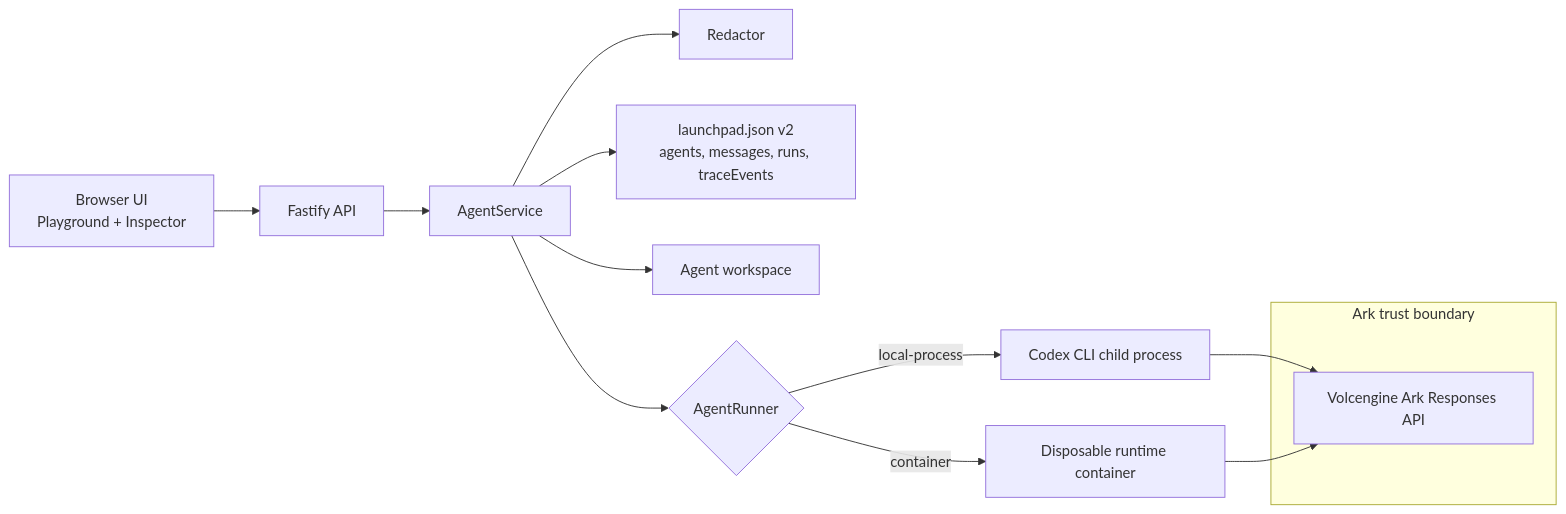
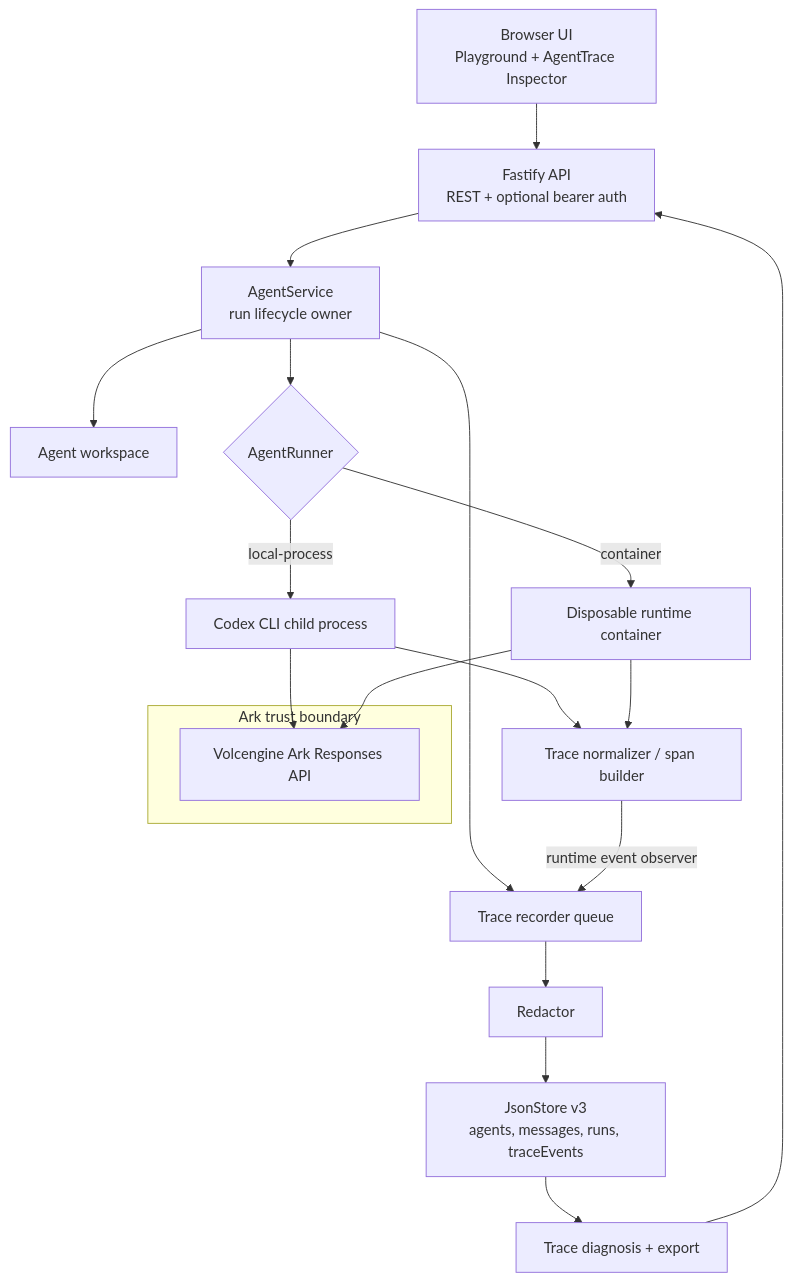
Before and after one commit to Raleighshire312/TikTok-Jam-Tec: the diagram in docs/ARCHITECTURE.md, drawn with Mermaid. The commit also changed other lines of this file and 3 other files, not shown here.

Commit message:
Add AgentTrace architecture diagram

````diff
--- a/docs/ARCHITECTURE.md
+++ b/docs/ARCHITECTURE.md
@@ -7,17 +9,23 @@
 ```mermaid
-flowchart LR
-    Browser["Browser UI<br/>Playground + Inspector"] --> API["Fastify API"]
-    API --> Service["AgentService"]
-    Service --> Redactor["Redactor"]
-    Service --> Store["launchpad.json v2<br/>agents, messages, runs, traceEvents"]
+flowchart TB
+    Browser["Browser UI<br/>Playground + AgentTrace Inspector"] --> API["Fastify API<br/>REST + optional bearer auth"]
+    API --> Service["AgentService<br/>run lifecycle owner"]
+    Service --> Recorder["Trace recorder queue"]
+    Recorder --> Redactor["Redactor"]
+    Redactor --> Store["JsonStore v3<br/>agents, messages, runs, traceEvents"]
+    Store --> Diagnosis["Trace diagnosis + export"]
+    Diagnosis --> API
     Service --> Workspace["Agent workspace"]
     Service --> Runner{"AgentRunner"}
     Runner -->|local-process| Codex["Codex CLI child process"]
     Runner -->|container| Runtime["Disposable runtime container"]
+    Codex --> Normalizer["Trace normalizer / span builder"]
+    Runtime --> Normalizer
+    Normalizer -->|runtime event observer| Recorder
     Codex --> Ark["Volcengine Ark Responses API"]
     Runtime --> Ark
 
     subgraph TrustBoundary["Ark trust boundary"]
       Ark
     end
 ```
````
